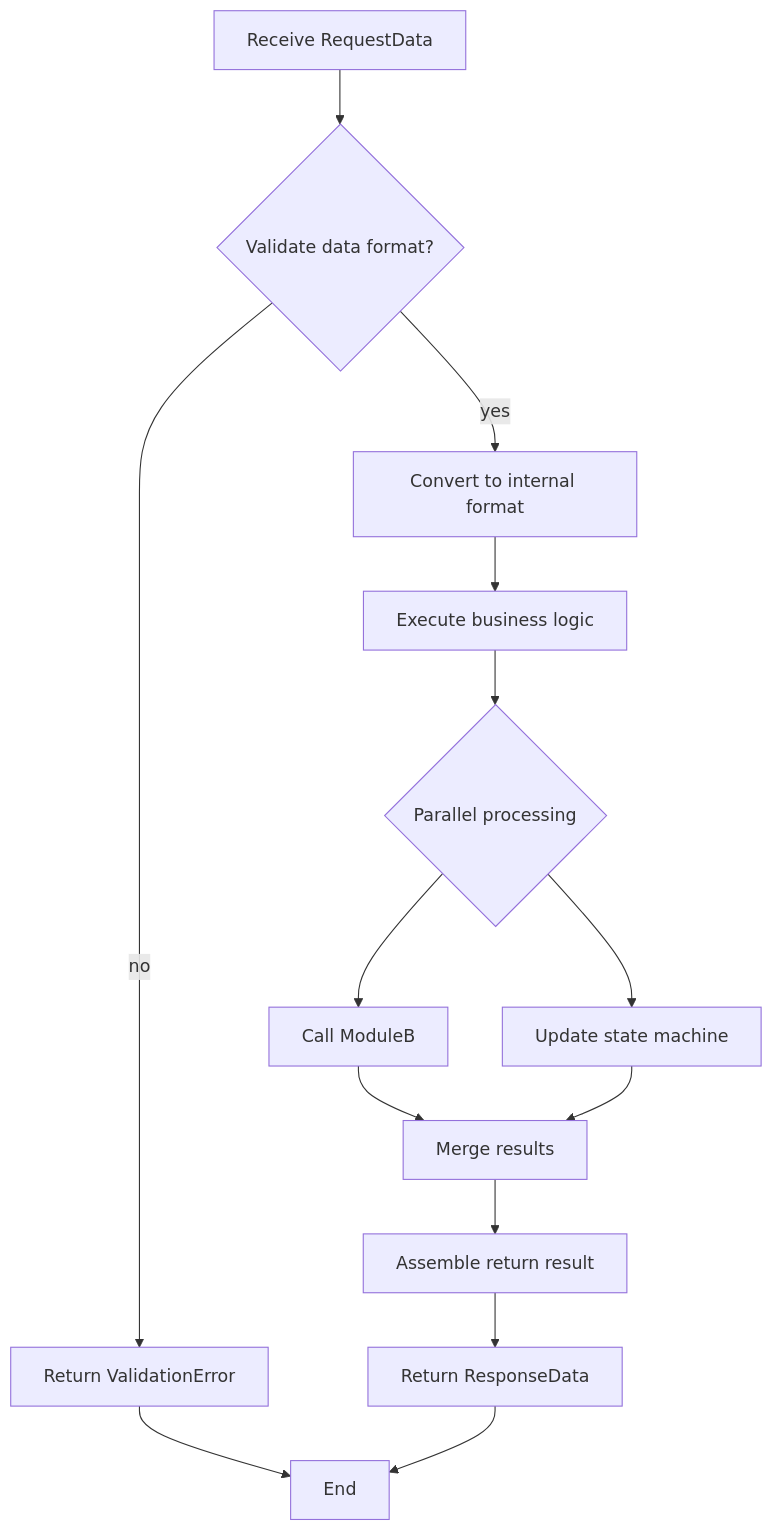
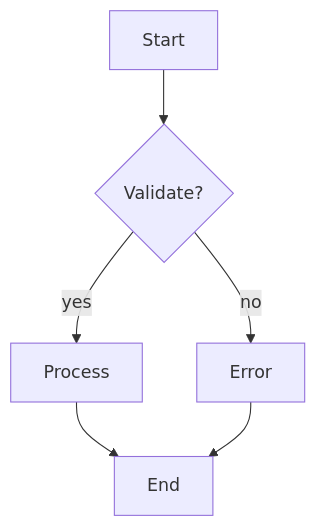
Before and after one commit to shangguan1024/sdd-workflow: the third of 5 diagrams in visualization-guide.md, drawn with Mermaid. The commit also changed other lines of this file and 5 other files, not shown here.

````diff
--- a/visualization-guide.md
+++ b/visualization-guide.md
@@ -82,20 +57,8 @@
 ```mermaid
 flowchart TD
-    Start[Receive RequestData] --> Validate{Validate data format?}
-    Validate -->|yes| Transform[Convert to internal format]
-    Validate -->|no| Error1[Return ValidationError]
-    
-    Transform --> Process[Execute business logic]
-    Process --> Fork1{Parallel processing}
-    
-    Fork1 --> CallB[Call ModuleB]
-    Fork1 --> UpdateState[Update state machine]
-    
-    CallB --> Merge[Merge results]
-    UpdateState --> Merge
-    
-    Merge --> Assemble[Assemble return result]
-    Assemble --> End1[Return ResponseData]
-    Error1 --> End2[End]
-    End1 --> End2
+    A[Start] --> B{Validate?}
+    B -->|yes| C[Process]
+    B -->|no| D[Error]
+    C --> E[End]
+    D --> E
 ```
````
